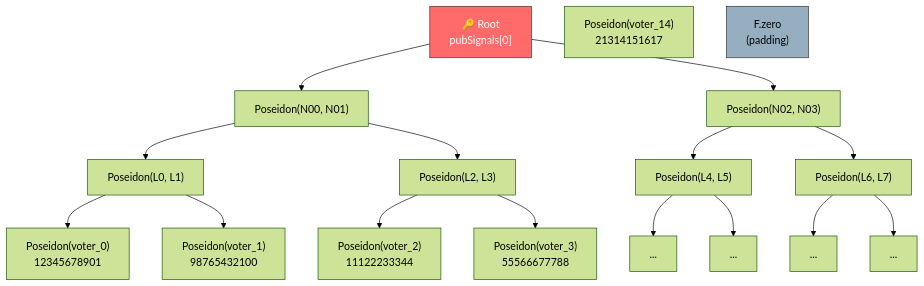
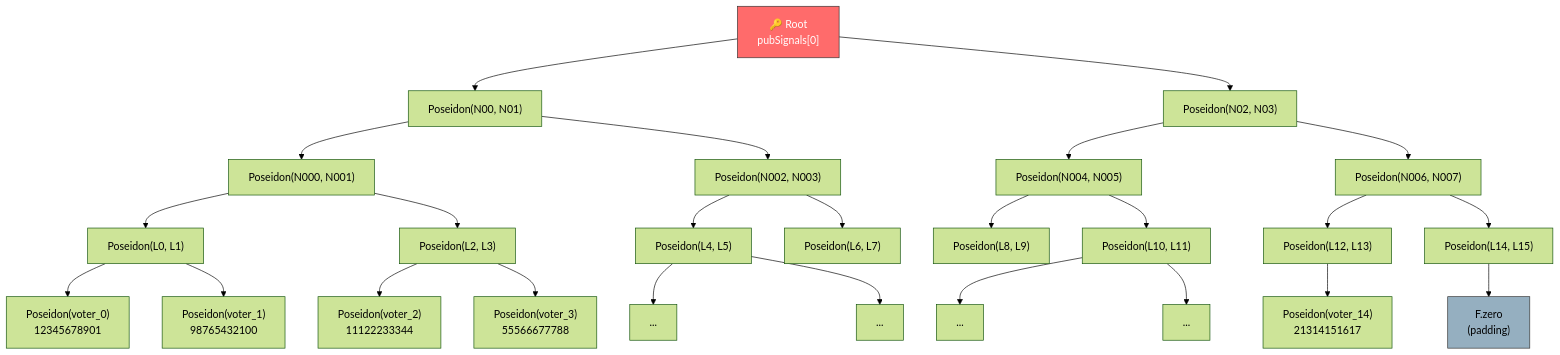
One commit to CompSci-Squad/pi-votacao-zk-circuits changed the third of 5 diagrams in docs/diagrams.md. Above: the diagram before and after it, drawn with Mermaid (forest theme). The commit also changed 3 other files, not shown here.

````diff
--- a/docs/diagrams.md
+++ b/docs/diagrams.md
@@ -140,41 +140,60 @@
 ```mermaid
 graph TD
     ROOT["🔑 Root<br/>pubSignals[0]"]
 
     N10["Poseidon(N00, N01)"]
     N11["Poseidon(N02, N03)"]
 
-    N00["Poseidon(L0, L1)"]
-    N01["Poseidon(L2, L3)"]
-    N02["Poseidon(L4, L5)"]
-    N03["Poseidon(L6, L7)"]
+    N00["Poseidon(N000, N001)"]
+    N01["Poseidon(N002, N003)"]
+    N02["Poseidon(N004, N005)"]
+    N03["Poseidon(N006, N007)"]
+
+    N000["Poseidon(L0, L1)"]
+    N001["Poseidon(L2, L3)"]
+    N002["Poseidon(L4, L5)"]
+    N003["Poseidon(L6, L7)"]
+    N004["Poseidon(L8, L9)"]
+    N005["Poseidon(L10, L11)"]
+    N006["Poseidon(L12, L13)"]
+    N007["Poseidon(L14, L15)"]
 
     L0["Poseidon(voter_0)<br/>12345678901"]
     L1["Poseidon(voter_1)<br/>98765432100"]
     L2["Poseidon(voter_2)<br/>11122233344"]
     L3["Poseidon(voter_3)<br/>55566677788"]
     L4["..."]
     L5["..."]
-    L6["..."]
-    L7["..."]
-    L8["Poseidon(voter_14)<br/>21314151617"]
-    L9["F.zero<br/>(padding)"]
+    L12["..."]
+    L13["..."]
+    L14["Poseidon(voter_14)<br/>21314151617"]
+    L15["F.zero<br/>(padding)"]
 
     ROOT --> N10
     ROOT --> N11
     N10 --> N00
     N10 --> N01
     N11 --> N02
     N11 --> N03
-    N00 --> L0
-    N00 --> L1
-    N01 --> L2
-    N01 --> L3
-    N02 --> L4
-    N02 --> L5
-    N03 --> L6
-    N03 --> L7
+    N00 --> N000
+    N00 --> N001
+    N01 --> N002
+    N01 --> N003
+    N02 --> N004
+    N02 --> N005
+    N03 --> N006
+    N03 --> N007
+    N000 --> L0
+    N000 --> L1
+    N001 --> L2
+    N001 --> L3
+    N002 --> L4
+    N002 --> L5
+    N005 --> L12
+    N005 --> L13
+    N006 --> L14
+    N007 --> L15
 
     style ROOT fill:#ff6b6b,stroke:#333,color:#fff
-    style L9 fill:#95afc0,stroke:#333
+    style L15 fill:#95afc0,stroke:#333
 ```
````
